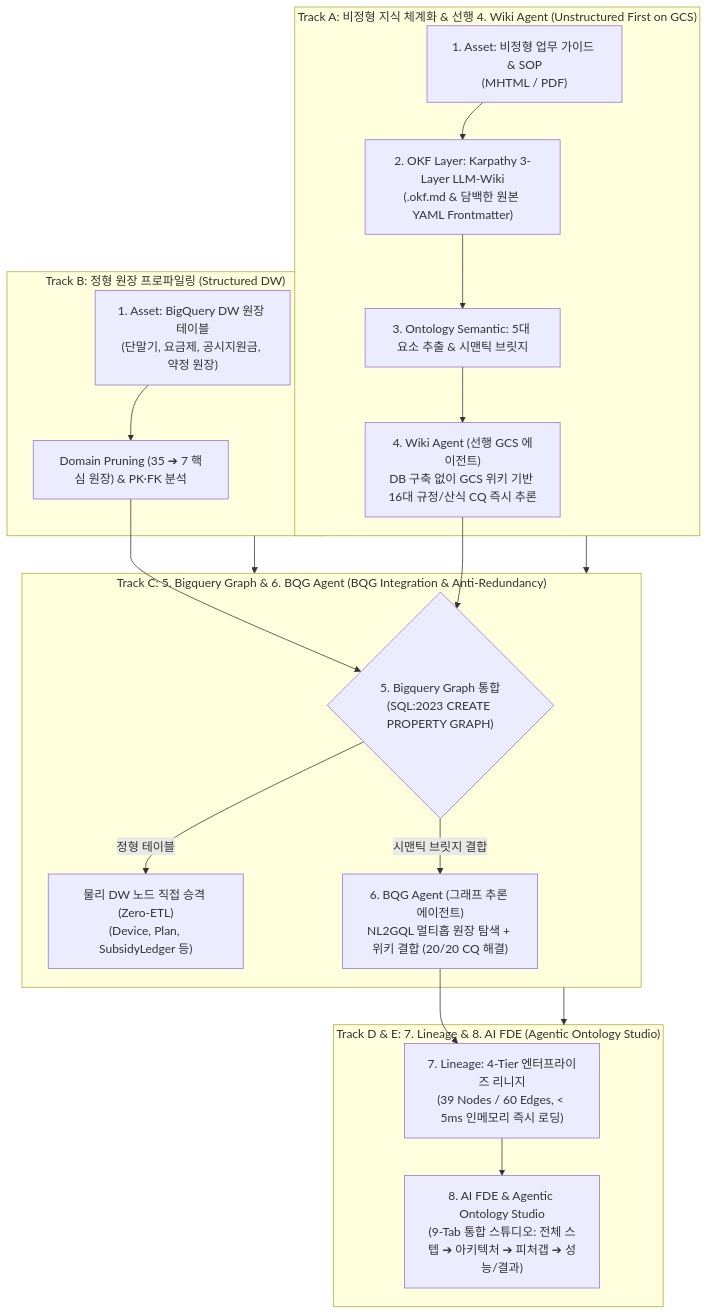
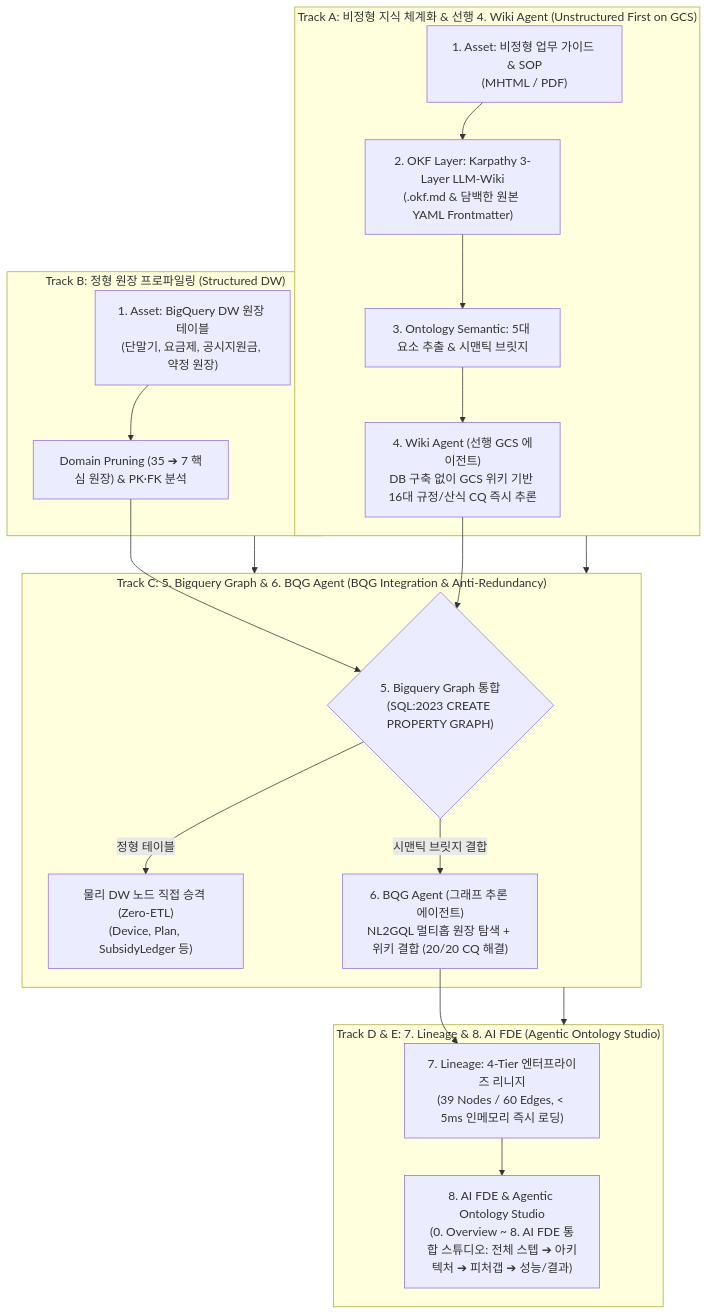
Before and after one commit to seanjungG/agentic-ontology-starter: the diagram in methodology/README.md, drawn with Mermaid. The commit also changed other lines of this file and 20 other files, not shown here.

````diff
--- a/methodology/README.md
+++ b/methodology/README.md
@@ -14,27 +14,27 @@
 ```mermaid
 flowchart TD
     subgraph TrackA ["Track A: 비정형 지식 체계화 & 선행 4. Wiki Agent (Unstructured First on GCS)"]
         RawDoc["1. Asset: 비정형 업무 가이드 & SOP<br/>(MHTML / PDF)"] --> OKF["2. OKF Layer: Karpathy 3-Layer LLM-Wiki<br/>(.okf.md & 담백한 원본 YAML Frontmatter)"]
         OKF --> Semantic["3. Ontology Semantic: 5대 요소 추출 & 시맨틱 브릿지"]
         Semantic --> WikiAgent["4. Wiki Agent (선행 GCS 에이전트)<br/>DB 구축 없이 GCS 위키 기반 16대 규정/산식 CQ 즉시 추론"]
     end
 
     subgraph TrackB ["Track B: 정형 원장 프로파일링 (Structured DW)"]
         DWTable["1. Asset: BigQuery DW 원장 테이블<br/>(단말기, 요금제, 공시지원금, 약정 원장)"] --> SchemaProfile["Domain Pruning (35 ➔ 7 핵심 원장) & PK·FK 분석"]
     end
 
     subgraph TrackC ["Track C: 5. Bigquery Graph & 6. BQG Agent (BQG Integration & Anti-Redundancy)"]
         WikiAgent & SchemaProfile --> BQGIntegration{"5. Bigquery Graph 통합<br/>(SQL:2023 CREATE PROPERTY GRAPH)"}
         BQGIntegration -->|정형 테이블| DWNode["물리 DW 노드 직접 승격 (Zero-ETL)<br/>(Device, Plan, SubsidyLedger 등)"]
         BQGIntegration -->|시맨틱 브릿지 결합| BQGAgent["6. BQG Agent (그래프 추론 에이전트)<br/>NL2GQL 멀티홉 원장 탐색 + 위키 결합 (20/20 CQ 해결)"]
     end
 
     subgraph TrackD ["Track D & E: 7. Lineage & 8. AI FDE (Agentic Ontology Studio)"]
         BQGAgent --> Lineage["7. Lineage: 4-Tier 엔터프라이즈 리니지<br/>(39 Nodes / 60 Edges, < 5ms 인메모리 즉시 로딩)"]
-        Lineage --> Studio["8. AI FDE & Agentic Ontology Studio<br/>(9-Tab 통합 스튜디오: 전체 스텝 ➔ 아키텍처 ➔ 피처갭 ➔ 성능/결과)"]
+        Lineage --> Studio["8. AI FDE & Agentic Ontology Studio<br/>(0. Overview ~ 8. AI FDE 통합 스튜디오: 전체 스텝 ➔ 아키텍처 ➔ 피처갭 ➔ 성능/결과)"]
     end
 
     TrackA --> TrackC
     TrackB --> TrackC
     TrackC --> TrackD
 ```
````
